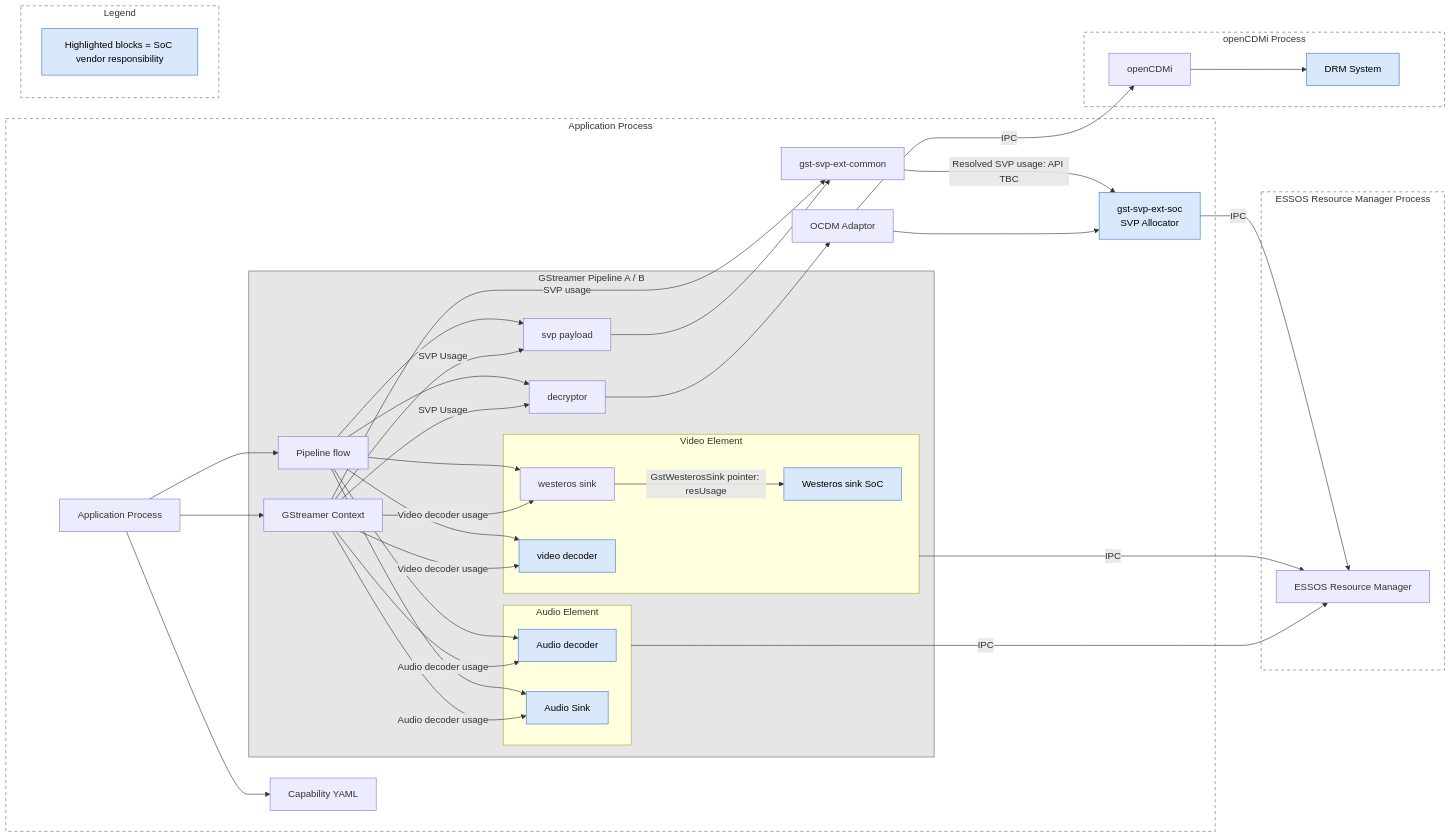
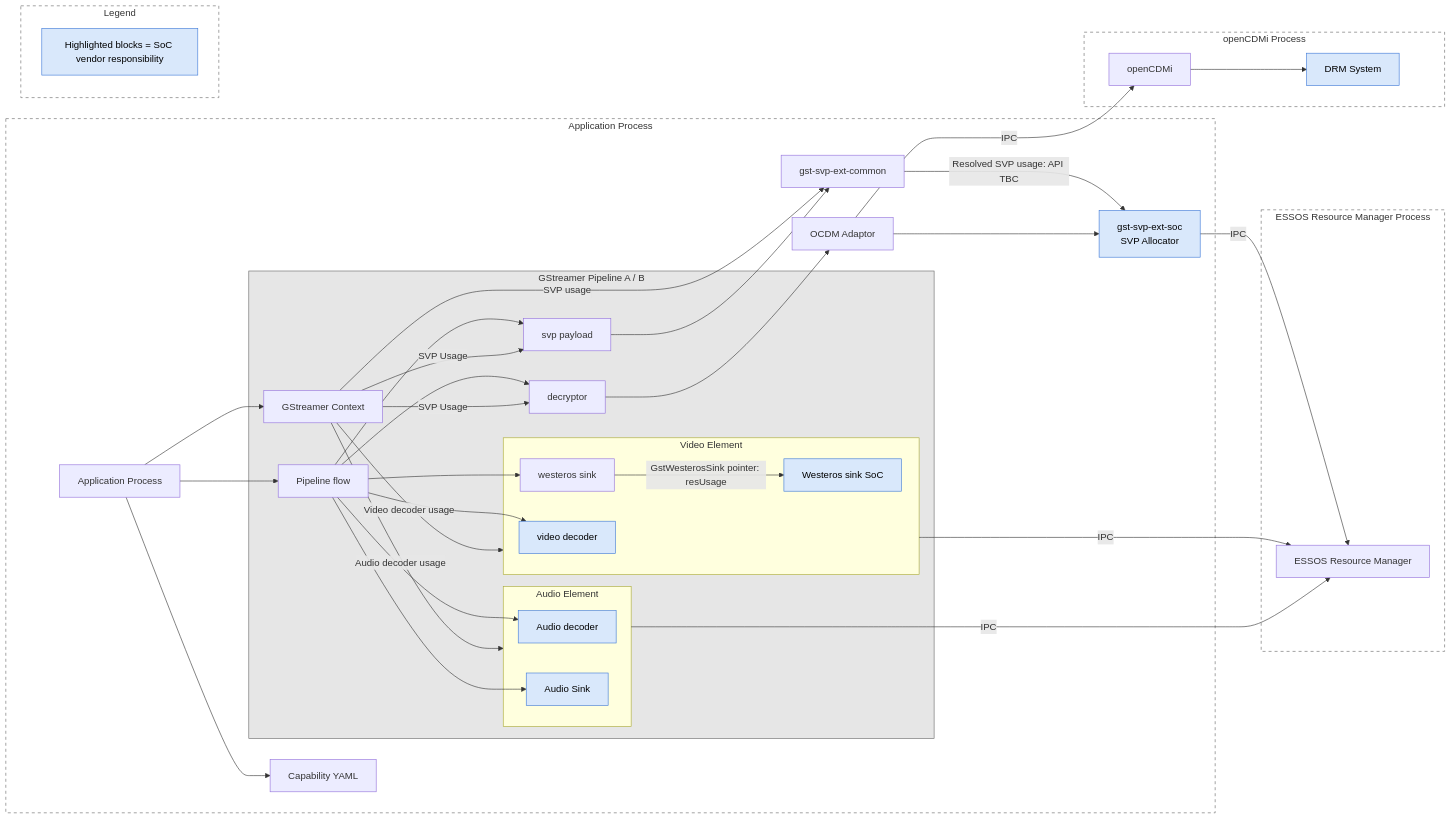
Before and after one commit to rdkcentral/rdk-hpk-documentation: the first of 9 diagrams in doc/SPECIFICATION-dual-decode-legacy-av-hal-extension.md, drawn with Mermaid.

Commit message:
gh47 route context usage arrows to video and audio element containers

````diff
--- a/doc/SPECIFICATION-dual-decode-legacy-av-hal-extension.md
+++ b/doc/SPECIFICATION-dual-decode-legacy-av-hal-extension.md
@@ -54,75 +54,73 @@
 ```mermaid
 graph LR
     subgraph APP[Application Process]
         App[Application Process]
         subgraph GSTP[GStreamer Pipeline A / B]
             GST[Pipeline flow]
             Ctx[GStreamer Context]
             DEC[decryptor]
             SVPP[svp payload]
             subgraph VE[Video Element]
                 VDEC[video decoder]
                 WSU[westeros sink]
                 WSOC[Westeros sink SoC]
             end
             subgraph AE[Audio Element]
                 ADEC[Audio decoder]
                 ASINK[Audio Sink]
             end
         end
         App --> GST
         GST --> DEC
         GST --> SVPP
         GST --> VDEC
         GST --> WSU
         GST --> ADEC
         GST --> ASINK
         App --> Ctx
         Ctx -->|SVP Usage| DEC
         Ctx -->|SVP Usage| SVPP
         Ctx -->|SVP usage| SVPC
-        Ctx -->|Video decoder usage| VDEC
-        Ctx -->|Video decoder usage| WSU
-        Ctx -->|Audio decoder usage| ADEC
-        Ctx -->|Audio decoder usage| ASINK
+        Ctx -->|Video decoder usage| VE
+        Ctx -->|Audio decoder usage| AE
         App --> YAML[Capability YAML]
         DEC --> OCDM[OCDM Adaptor]
         SVPP --> SVPC[gst-svp-ext-common]
         SVPC -->|Resolved SVP usage: API TBC| SVPE[gst-svp-ext-soc<br/>SVP Allocator]
         WSU -->|GstWesterosSink pointer: resUsage| WSOC
         OCDM --> SVPE
     end
 
     subgraph OCP[openCDMi Process]
         OPENCDM[openCDMi]
         DRM[DRM System]
     end
 
     subgraph LEG[Legend]
         LRESP[Highlighted blocks = SoC vendor responsibility]
     end
 
     OCDM -->|IPC| OPENCDM
     OPENCDM --> DRM
 
     subgraph RMP[ESSOS Resource Manager Process]
         RM[ESSOS Resource Manager]
     end
 
     VE -->|IPC| RM
     AE -->|IPC| RM
     SVPE -->|IPC| RM
 
     style APP fill:none,stroke:#666,stroke-width:1px,stroke-dasharray: 5 5
     style GSTP fill:#e6e6e6,stroke:#666,stroke-width:1px
     style LEG fill:none,stroke:#666,stroke-width:1px,stroke-dasharray: 5 5
     style OCP fill:none,stroke:#666,stroke-width:1px,stroke-dasharray: 5 5
     style RMP fill:none,stroke:#666,stroke-width:1px,stroke-dasharray: 5 5
     style VDEC fill:#d9e8fb,stroke:#3c78d8,stroke-width:1px,color:#000
     style WSOC fill:#d9e8fb,stroke:#3c78d8,stroke-width:1px,color:#000
     style ADEC fill:#d9e8fb,stroke:#3c78d8,stroke-width:1px,color:#000
     style ASINK fill:#d9e8fb,stroke:#3c78d8,stroke-width:1px,color:#000
     style SVPE fill:#d9e8fb,stroke:#3c78d8,stroke-width:1px,color:#000
     style DRM fill:#d9e8fb,stroke:#3c78d8,stroke-width:1px,color:#000
     style LRESP fill:#d9e8fb,stroke:#3c78d8,stroke-width:1px,color:#000
 ```
````
